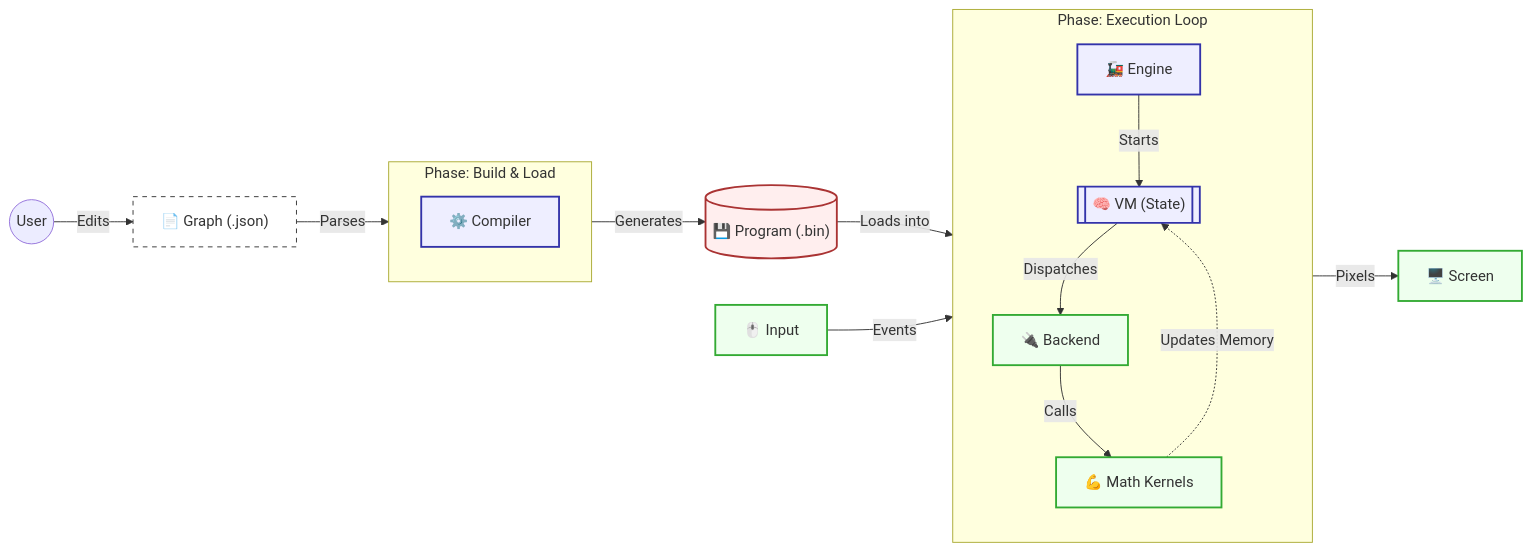
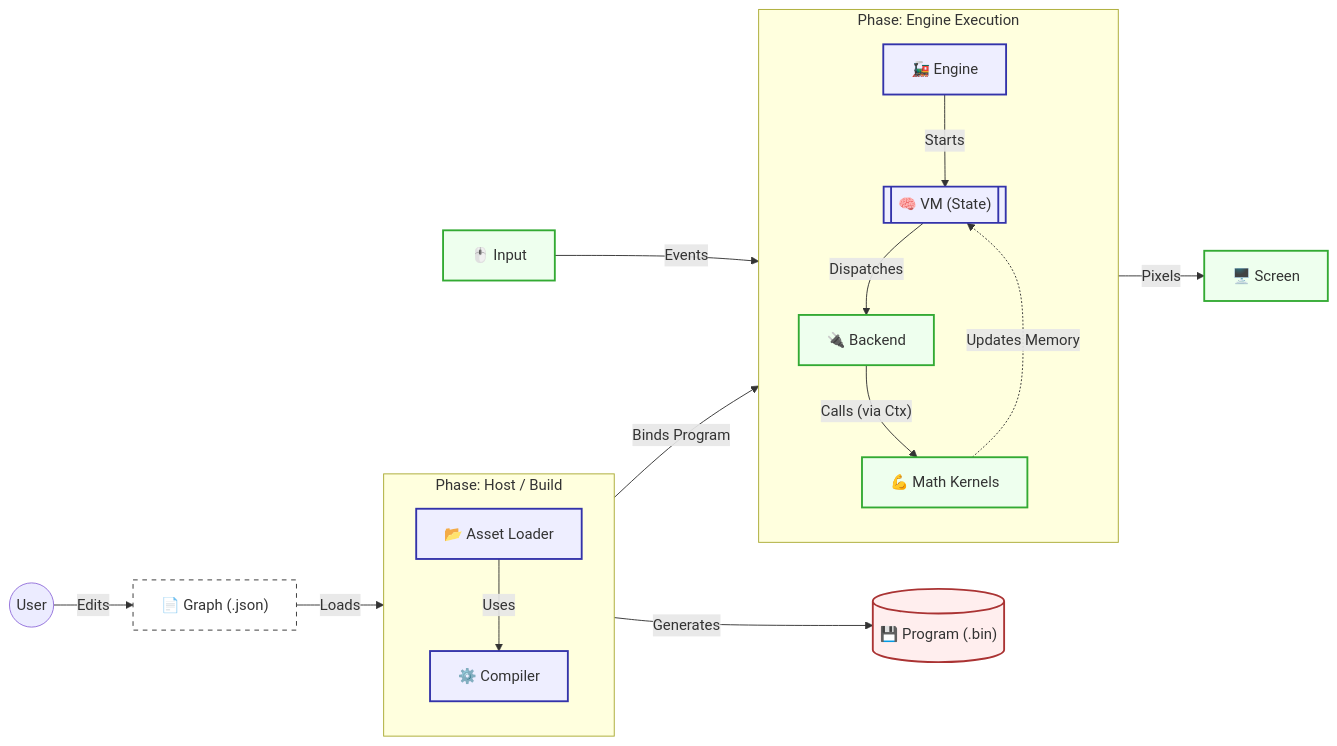
One commit to BinaryCat17/MathFlow changed the first of 2 diagrams in docs/architecture.md. Above: the diagram before and after it, drawn with Mermaid. The commit also changed other lines of this file and 17 other files, not shown here.

Commit message:
Arch: Execution Unification (Compute Dispatch) - Phase 16.8

````diff
--- a/docs/architecture.md
+++ b/docs/architecture.md
@@ -12,46 +12,48 @@
 ```mermaid
 flowchart LR
     %% Styles
     classDef file fill:#fff,stroke:#333,stroke-width:1px,stroke-dasharray: 5 5;
     classDef proc fill:#eef,stroke:#33a,stroke-width:2px;
     classDef memory fill:#fee,stroke:#a33,stroke-width:2px;
     classDef hw fill:#efe,stroke:#3a3,stroke-width:2px;
 
     %% Data
     User((User))
     Source["📄 Graph (.json)"]:::file
     Binary[("💾 Program (.bin)")]:::memory
 
     %% Compilation
-    subgraph Build ["Phase: Build & Load"]
+    subgraph Build ["Phase: Host / Build"]
         direction TB
+        Loader["📂 Asset Loader"]:::proc
         Compiler["⚙️ Compiler"]:::proc
     end
 
     %% Execution
-    subgraph Run ["Phase: Execution Loop"]
+    subgraph Run ["Phase: Engine Execution"]
         direction TB
         Engine["🚂 Engine"]:::proc
         VM[["🧠 VM (State)"]]:::proc
         Backend["🔌 Backend"]:::hw
         Ops["💪 Math Kernels"]:::hw
     end
 
     Input["🖱️ Input"]:::hw
     Screen["🖥️ Screen"]:::hw
 
     %% Flow
     User -- "Edits" --> Source
-    Source -- "Parses" --> Compiler
+    Source -- "Loads" --> Loader
+    Loader -- "Uses" --> Compiler
     Compiler -- "Generates" --> Binary
+    Loader -- "Binds Program" --> Engine
     
-    Binary -- "Loads into" --> Engine
     Engine -- "Starts" --> VM
     
     %% The Interactive Loop
     Input -- "Events" --> VM
     VM -- "Dispatches" --> Backend
-    Backend -- "Calls" --> Ops
+    Backend -- "Calls (via Ctx)" --> Ops
     Ops -. "Updates Memory" .-> VM
     VM -- "Pixels" --> Screen
 ```
````
